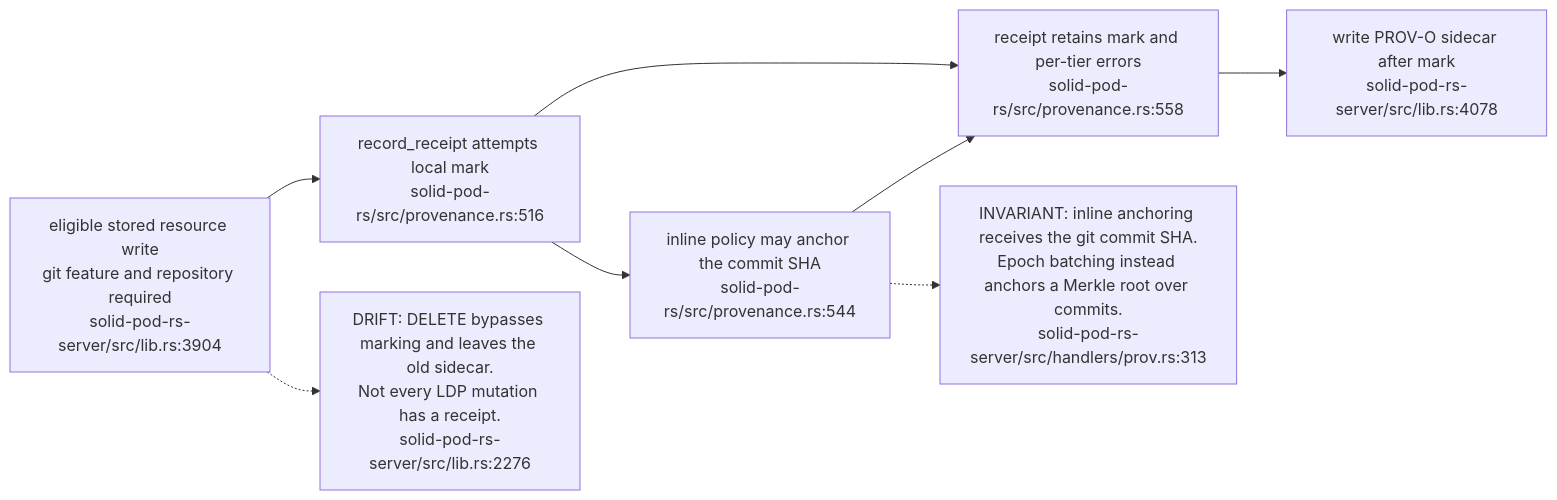
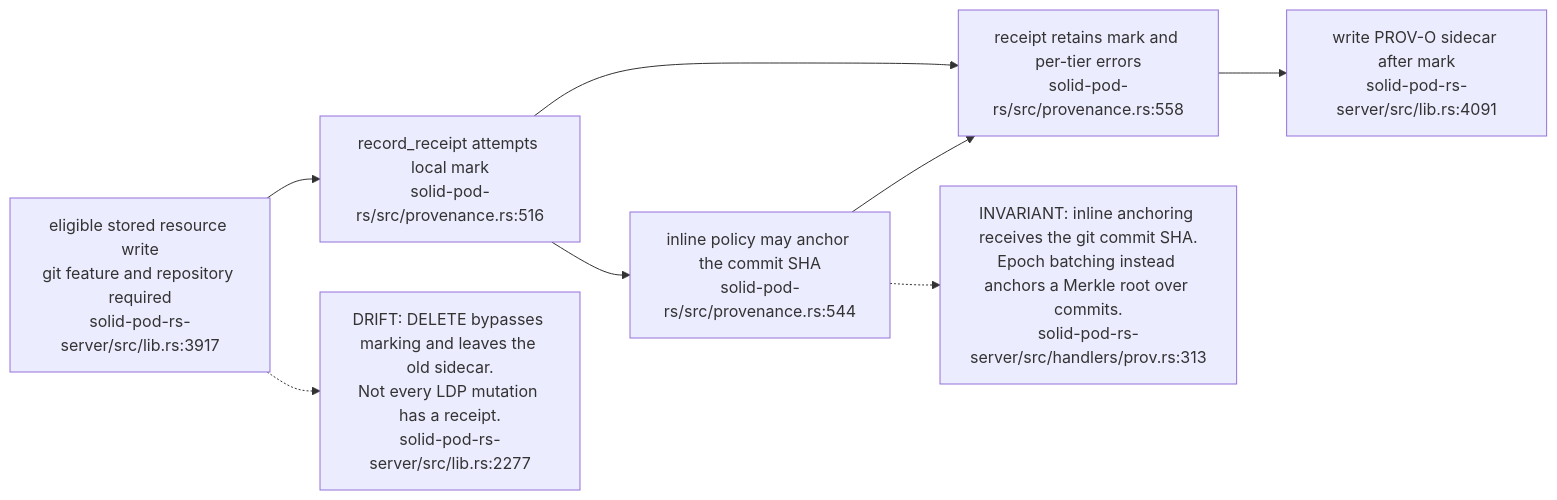
Before and after one commit to DreamLab-AI/VisionFlow: the first of 19 diagrams in docs/diagrams/solid-pod-rs/07-provenance-and-payments.md, drawn with Mermaid. The commit also changed other lines of this file and 47 other files, not shown here.

````diff
--- a/docs/diagrams/solid-pod-rs/07-provenance-and-payments.md
+++ b/docs/diagrams/solid-pod-rs/07-provenance-and-payments.md
@@ -29,14 +30,14 @@
 ```mermaid
 flowchart LR
-    W["eligible stored resource write<br/>git feature and repository required<br/>solid-pod-rs-server/src/lib.rs:3904"]
+    W["eligible stored resource write<br/>git feature and repository required<br/>solid-pod-rs-server/src/lib.rs:3917"]
     GM["record_receipt attempts local mark<br/>solid-pod-rs/src/provenance.rs:516"]
     MK["receipt retains mark and per-tier errors<br/>solid-pod-rs/src/provenance.rs:558"]
     AN["inline policy may anchor the commit SHA<br/>solid-pod-rs/src/provenance.rs:544"]
-    SC["write PROV-O sidecar after mark<br/>solid-pod-rs-server/src/lib.rs:4078"]
+    SC["write PROV-O sidecar after mark<br/>solid-pod-rs-server/src/lib.rs:4091"]
     W --> GM --> MK --> SC
     GM --> AN --> MK
     N["INVARIANT: inline anchoring receives the git commit SHA.<br/>Epoch batching instead anchors a Merkle root over commits.<br/>solid-pod-rs-server/src/handlers/prov.rs:313"]
     AN -.-> N
-    D["DRIFT: DELETE bypasses marking and leaves the old sidecar.<br/>Not every LDP mutation has a receipt.<br/>solid-pod-rs-server/src/lib.rs:2276"]
+    D["DRIFT: DELETE bypasses marking and leaves the old sidecar.<br/>Not every LDP mutation has a receipt.<br/>solid-pod-rs-server/src/lib.rs:2277"]
     W -.-> D
 ```
````
